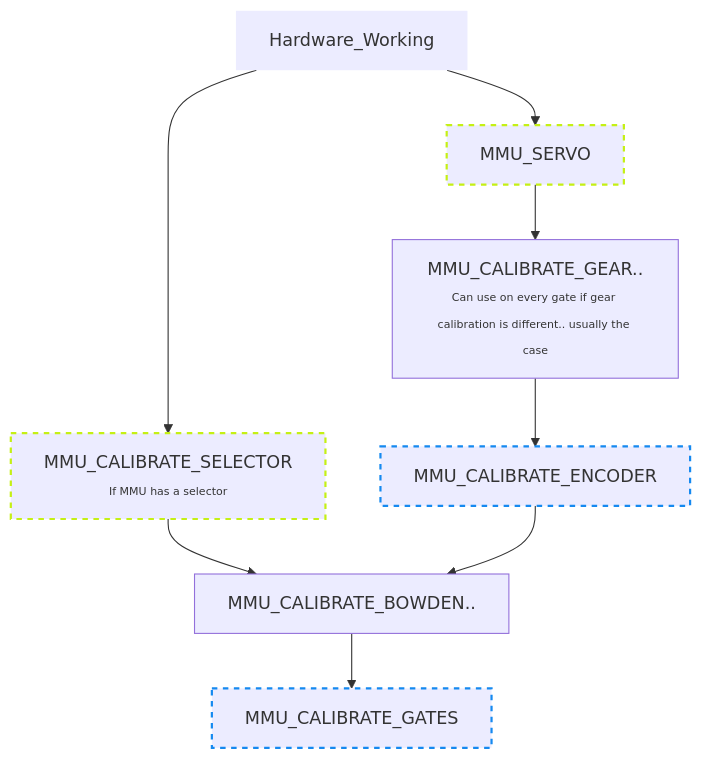
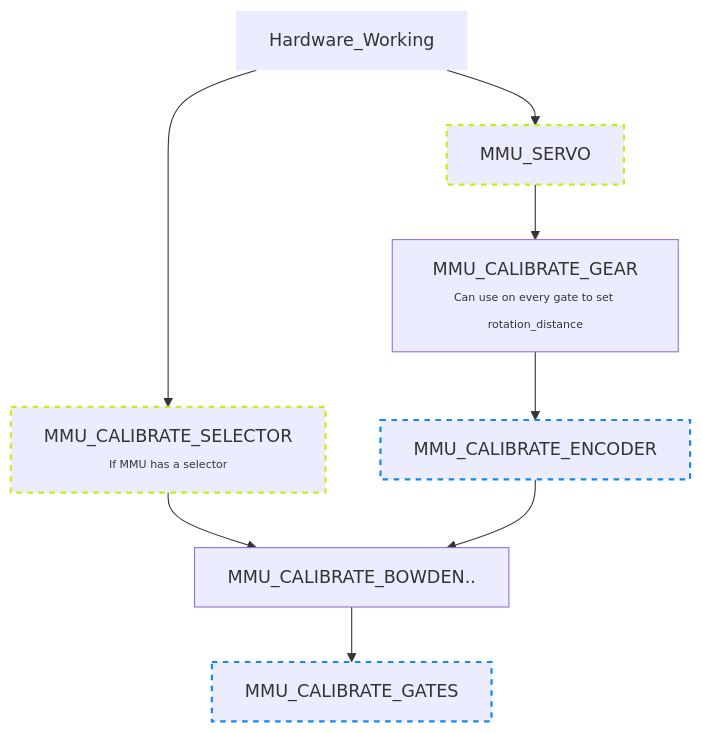
The first of 2 diagrams in MMU-Calibration.md (3DCoded/Happy-Hare), drawn with Mermaid before and after one commit.

````diff
--- a/MMU-Calibration.md
+++ b/MMU-Calibration.md
@@ -22,16 +22,16 @@
 ```mermaid
 graph TD;
     Hardware_Working --> MMU_SERVO
     Hardware_Working --> MMU_CALIBRATE_SELECTOR["MMU_CALIBRATE_SELECTOR<br/><span style='font-size:10px'>If MMU has a selector</span>"]
     MMU_CALIBRATE_SELECTOR --> MMU_CALIBRATE_BOWDEN
-    MMU_SERVO --> MMU_CALIBRATE_GEAR["MMU_CALIBRATE_GEAR..<br/><span style='font-size:10px'>Can use on every gate if gear calibration is different.. usually the case</span>"]
+    MMU_SERVO --> MMU_CALIBRATE_GEAR["MMU_CALIBRATE_GEAR<br/><span style='font-size:10px'>Can use on every gate to set rotation_distance</span>"]
     MMU_CALIBRATE_GEAR --> MMU_CALIBRATE_ENCODER
     MMU_CALIBRATE_ENCODER --> MMU_CALIBRATE_BOWDEN["MMU_CALIBRATE_BOWDEN.."]
     MMU_CALIBRATE_BOWDEN --> MMU_CALIBRATE_GATES
 
     style Hardware_Working stroke-width:0px
     style MMU_SERVO stroke-dasharray: 5 5, stroke:#c5f015, stroke-width:2px
     style MMU_CALIBRATE_SELECTOR stroke-dasharray: 5 5, stroke:#c5f015, stroke-width:2px
     style MMU_CALIBRATE_ENCODER stroke-dasharray: 5 5, stroke:#1589f0, stroke-width:2px
     style MMU_CALIBRATE_GATES stroke-dasharray: 5 5, stroke:#1589f0, stroke-width:2px
 ```
````
